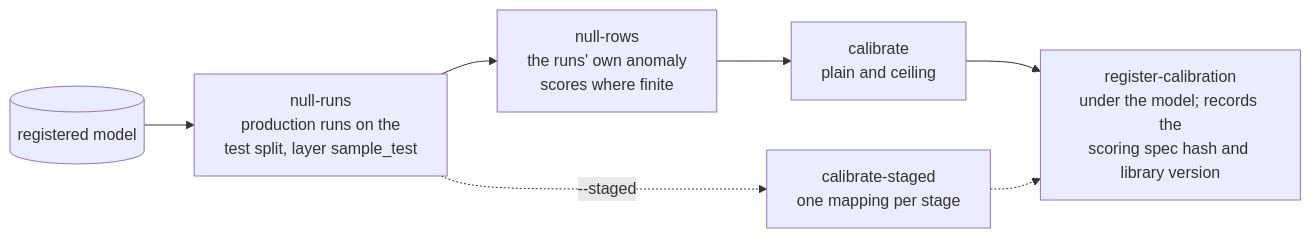
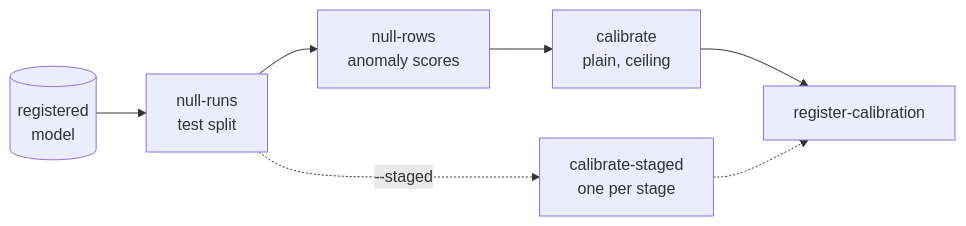
One commit to conflict-ecology/ponzi-suite changed the fourth of 5 diagrams in docs/method/workflows.md. Above: the diagram before and after it, drawn with Mermaid. The commit also changed other lines of this file and 77 other files, not shown here.

````diff
--- a/docs/method/workflows.md
+++ b/docs/method/workflows.md
@@ -179,9 +168,9 @@
 ```mermaid
 flowchart LR
-  reg[("registered model")] --> runs["null-runs<br/>production runs on the<br/>test split, layer sample_test"]
-  runs --> rows["null-rows<br/>the runs' own anomaly<br/>scores where finite"]
-  rows --> build["calibrate<br/>plain and ceiling"]
-  build --> regcal["register-calibration<br/>under the model; records the<br/>scoring spec hash and library version"]
-  runs -. "--staged" .-> staged["calibrate-staged<br/>one mapping per stage"]
+  reg[("registered<br/>model")] --> runs["null-runs<br/>test split"]
+  runs --> rows["null-rows<br/>anomaly scores"]
+  rows --> build["calibrate<br/>plain, ceiling"]
+  build --> regcal["register-calibration"]
+  runs -. "--staged" .-> staged["calibrate-staged<br/>one per stage"]
   staged -.-> regcal
 ```
````
